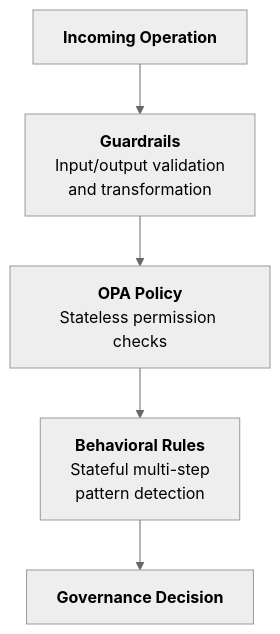
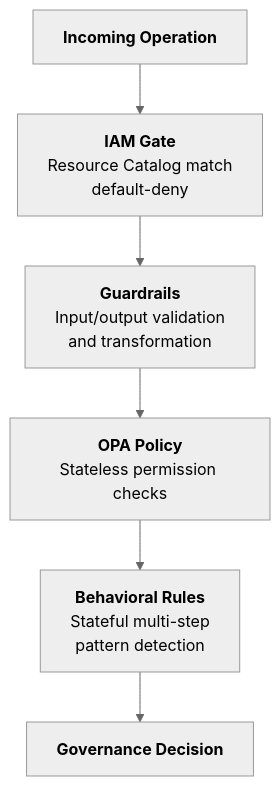
Before and after one commit to OpenBox-AI/openbox-document: the diagram in website/docs/trust-lifecycle/authorize/index.md, drawn with Mermaid (neutral theme). The commit also changed other lines of this file and 45 other files, not shown here.

````diff
--- a/website/docs/trust-lifecycle/authorize/index.md
+++ b/website/docs/trust-lifecycle/authorize/index.md
@@ -22,10 +22,11 @@
 ```mermaid
 flowchart TD
     incoming["<b>Incoming Operation</b>"]
+    iam["<b>IAM Gate</b><br/>Resource Catalog match<br/>default-deny"]
     guardrails["<b>Guardrails</b><br/>Input/output validation<br/>and transformation"]
     opa["<b>OPA Policy</b><br/>Stateless permission checks"]
     behavioral["<b>Behavioral Rules</b><br/>Stateful multi-step<br/>pattern detection"]
     decision["<b>Governance Decision</b>"]
 
-    incoming --> guardrails --> opa --> behavioral --> decision
+    incoming --> iam --> guardrails --> opa --> behavioral --> decision
 ```
````
